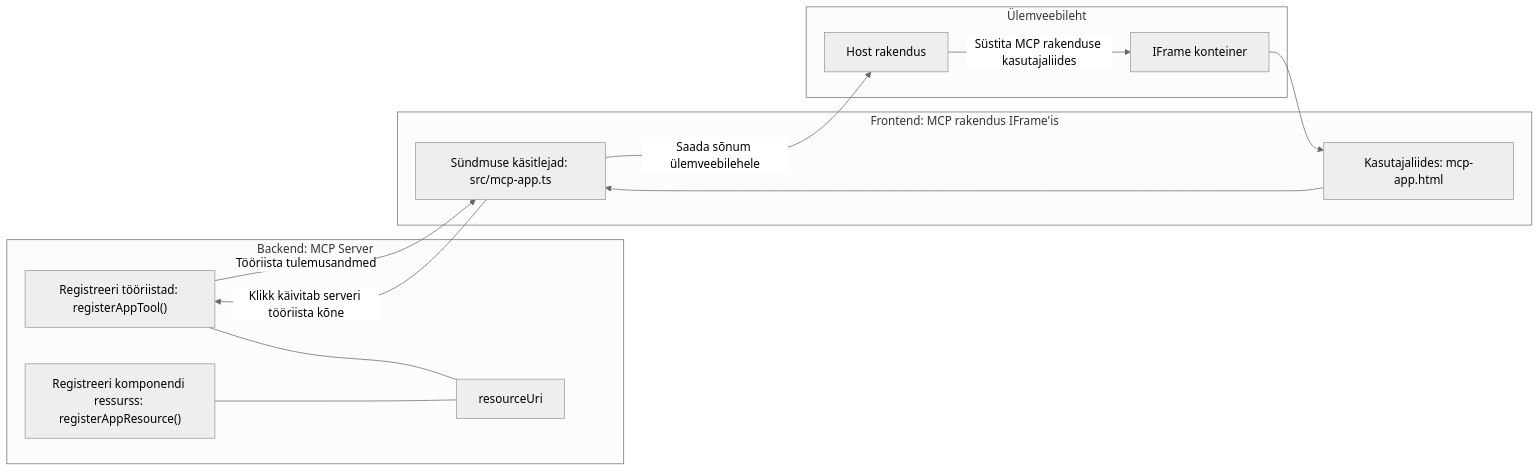
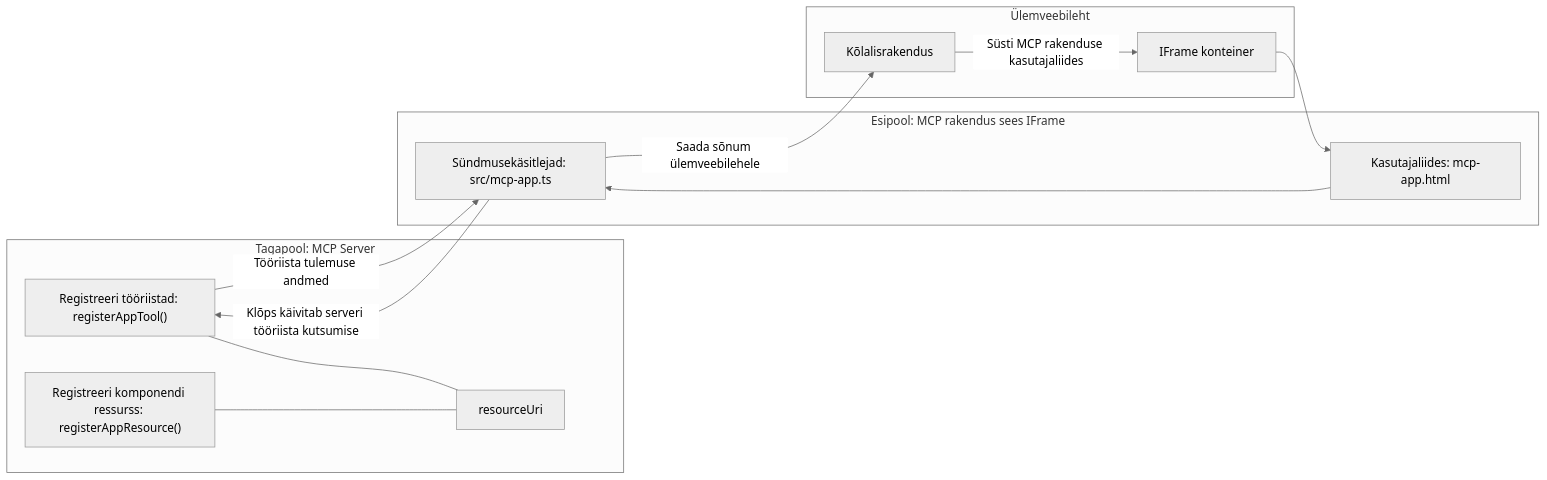
One commit to HIDORAKAI002/ai-workspace-archive changed the diagram in mcp_ecosystem__model_context_protocol/mcp_learning_resources/mcp-for-beginners/translations/et/03-GettingStarted/15-mcp-apps/README.md. Above: the diagram before and after it, drawn with Mermaid (neutral theme). The commit also changed other lines of this file and 1160 other files, not shown here.

````diff
--- a/mcp_ecosystem__model_context_protocol/mcp_learning_resources/mcp-for-beginners/translations/et/03-GettingStarted/15-mcp-apps/README.md
+++ b/mcp_ecosystem__model_context_protocol/mcp_learning_resources/mcp-for-beginners/translations/et/03-GettingStarted/15-mcp-apps/README.md
@@ -32,27 +32,27 @@
 ```mermaid
 flowchart LR
-  subgraph Backend[Backend: MCP Server]
+  subgraph Backend[Tagapool: MCP Server]
     T["Registreeri tööriistad: registerAppTool()"]
     C["Registreeri komponendi ressurss: registerAppResource()"]
     U[resourceUri]
     T --- U
     C --- U
   end
 
   subgraph Parent[Ülemveebileht]
-    H[Host rakendus]
+    H[Kõlalisrakendus]
     IFRAME[IFrame konteiner]
-    H -->|Süstita MCP rakenduse kasutajaliides| IFRAME
+    H -->|Süsti MCP rakenduse kasutajaliides| IFRAME
   end
 
-  subgraph Frontend[Frontend: MCP rakendus IFrame'is]
+  subgraph Frontend[Esipool: MCP rakendus sees IFrame]
     UI["Kasutajaliides: mcp-app.html"]
-    EH["Sündmuse käsitlejad: src/mcp-app.ts"]
+    EH["Sündmusekäsitlejad: src/mcp-app.ts"]
     UI --> EH
   end
 
   IFRAME --> UI
-  EH -->|Klikk käivitab serveri tööriista kõne| T
-  T -->|Tööriista tulemusandmed| EH
+  EH -->|Klõps käivitab serveri tööriista kutsumise| T
+  T -->|Tööriista tulemuse andmed| EH
   EH -->|Saada sõnum ülemveebilehele| H
 ```
````
